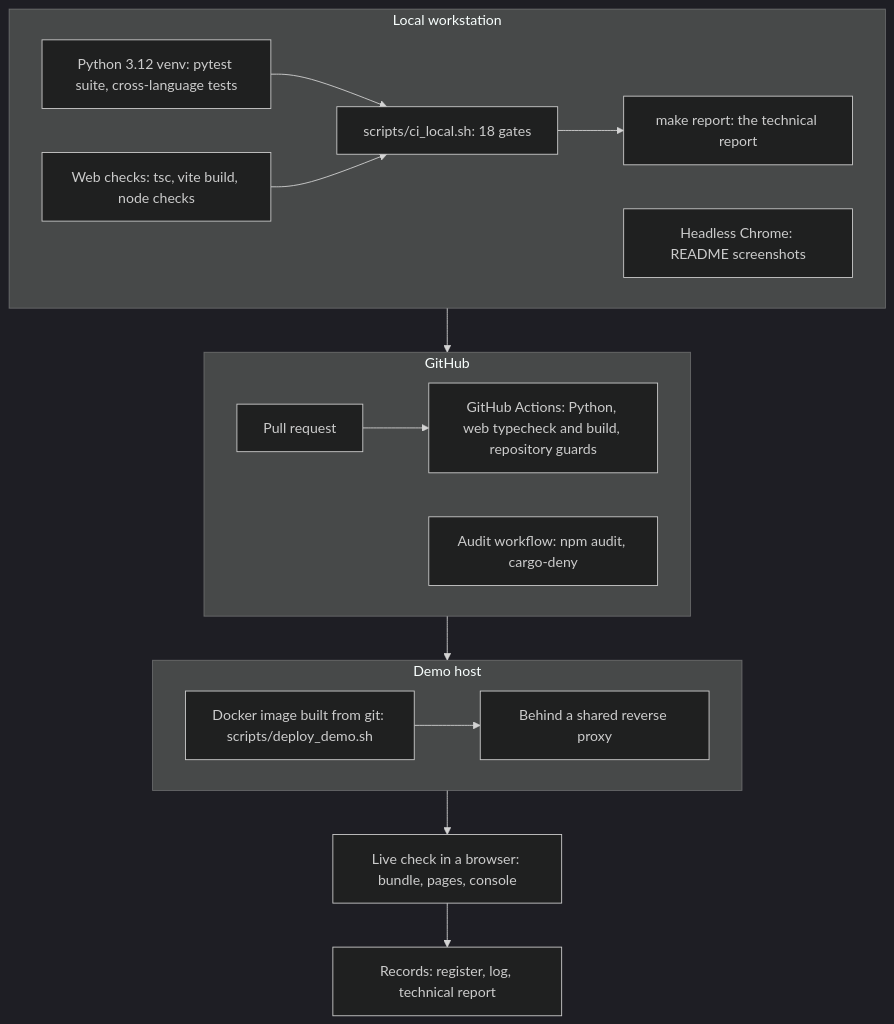
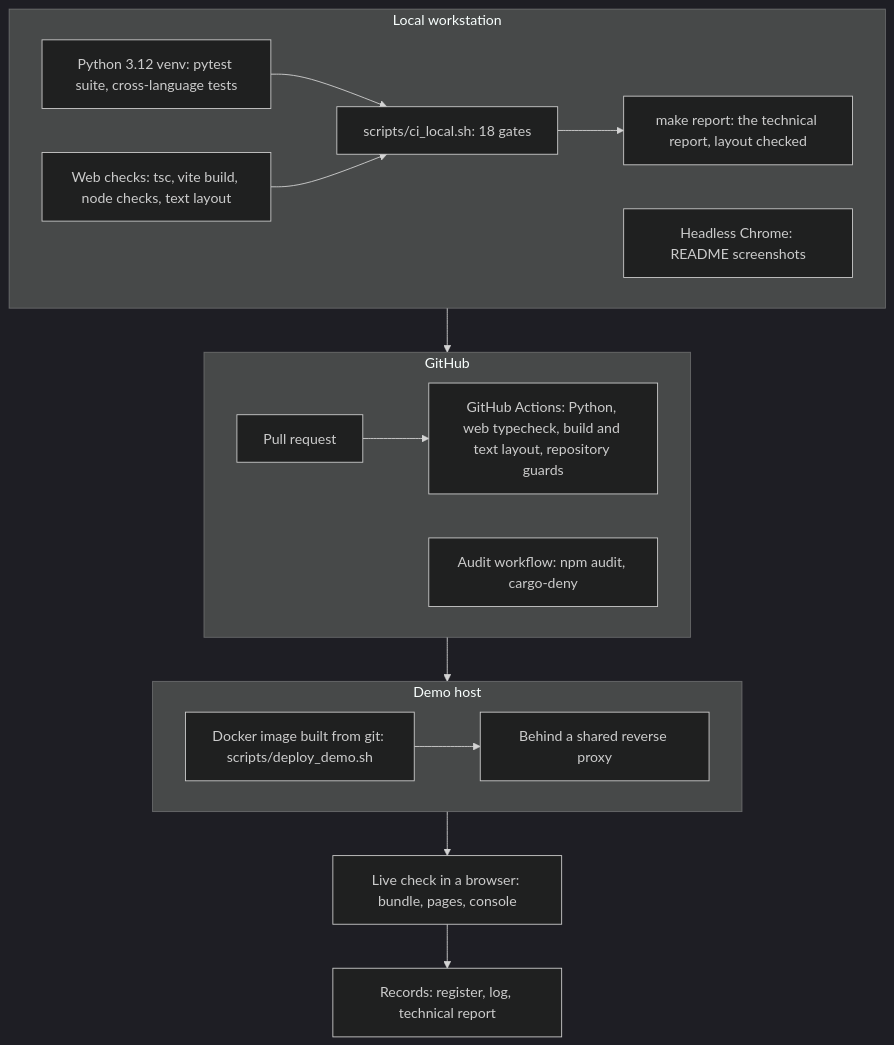
Before and after one commit to Quantum-Daemons/QSMPC-QKD-QHE-AI-Hybrid: diagram 11 of 11 in README.md, drawn with Mermaid (dark theme). The commit also changed other lines of this file and 40 other files, not shown here.

First line of the commit message:
The report's figures and tables laid out, and every page's text scanned in two fonts

````diff
--- a/README.md
+++ b/README.md
@@ -398,21 +400,21 @@
 ```mermaid
 flowchart TB
   subgraph LOC["Local workstation"]
     direction LR
     PY["Python 3.12 venv: pytest suite, cross-language tests"] --> CL["scripts/ci_local.sh: 18 gates"]
-    WEB["Web checks: tsc, vite build, node checks"] --> CL
-    CL --> REP["make report: the technical report"]
+    WEB["Web checks: tsc, vite build, node checks, text layout"] --> CL
+    CL --> REP["make report: the technical report, layout checked"]
     SHOT["Headless Chrome: README screenshots"]
   end
   subgraph GH["GitHub"]
     direction LR
-    PR["Pull request"] --> ACT["GitHub Actions: Python, web typecheck and build, repository guards"]
+    PR["Pull request"] --> ACT["GitHub Actions: Python, web typecheck, build and text layout, repository guards"]
     AUD["Audit workflow: npm audit, cargo-deny"]
   end
   subgraph DEMO["Demo host"]
     direction LR
     DOCK["Docker image built from git: scripts/deploy_demo.sh"] --> PROXY["Behind a shared reverse proxy"]
   end
   LIVE["Live check in a browser: bundle, pages, console"] --> REC["Records: register, log, technical report"]
   LOC --> GH --> DEMO --> LIVE
 ```
````
